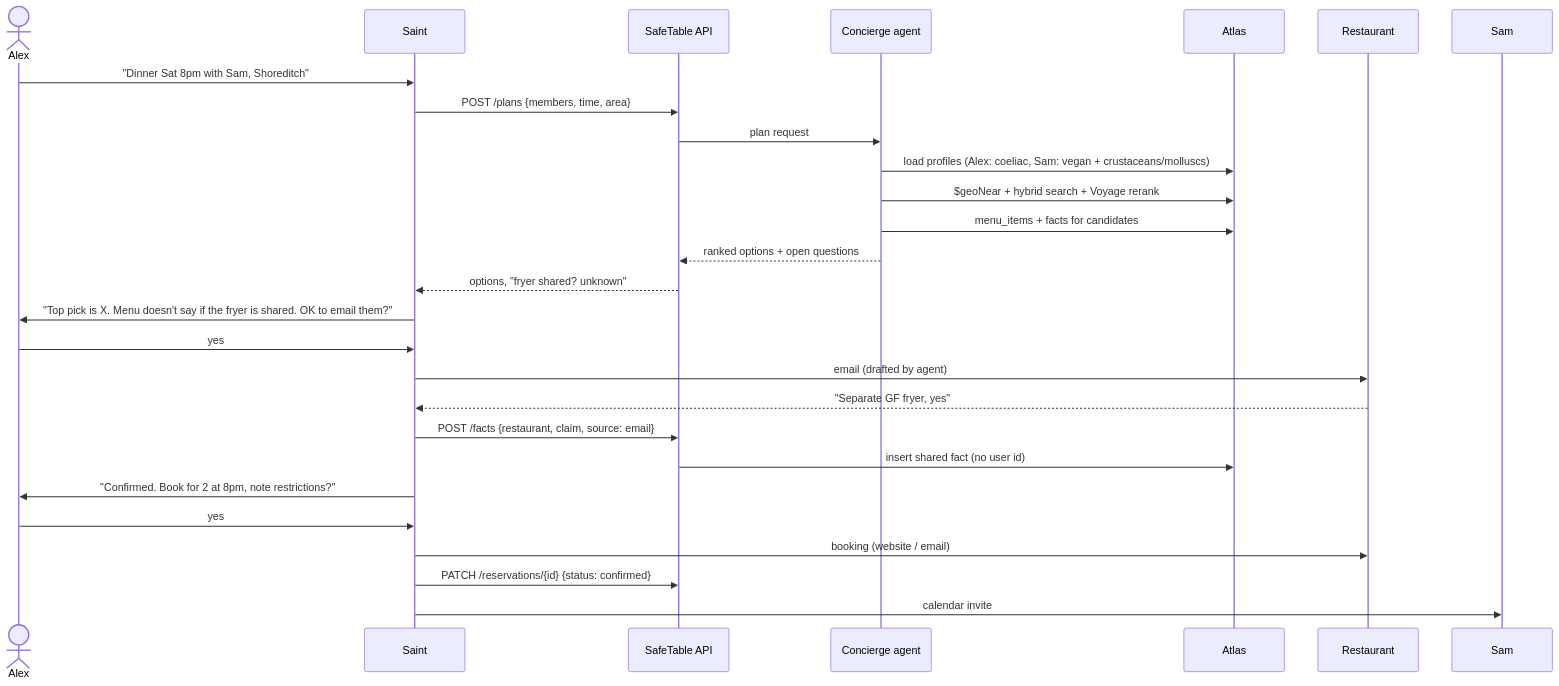
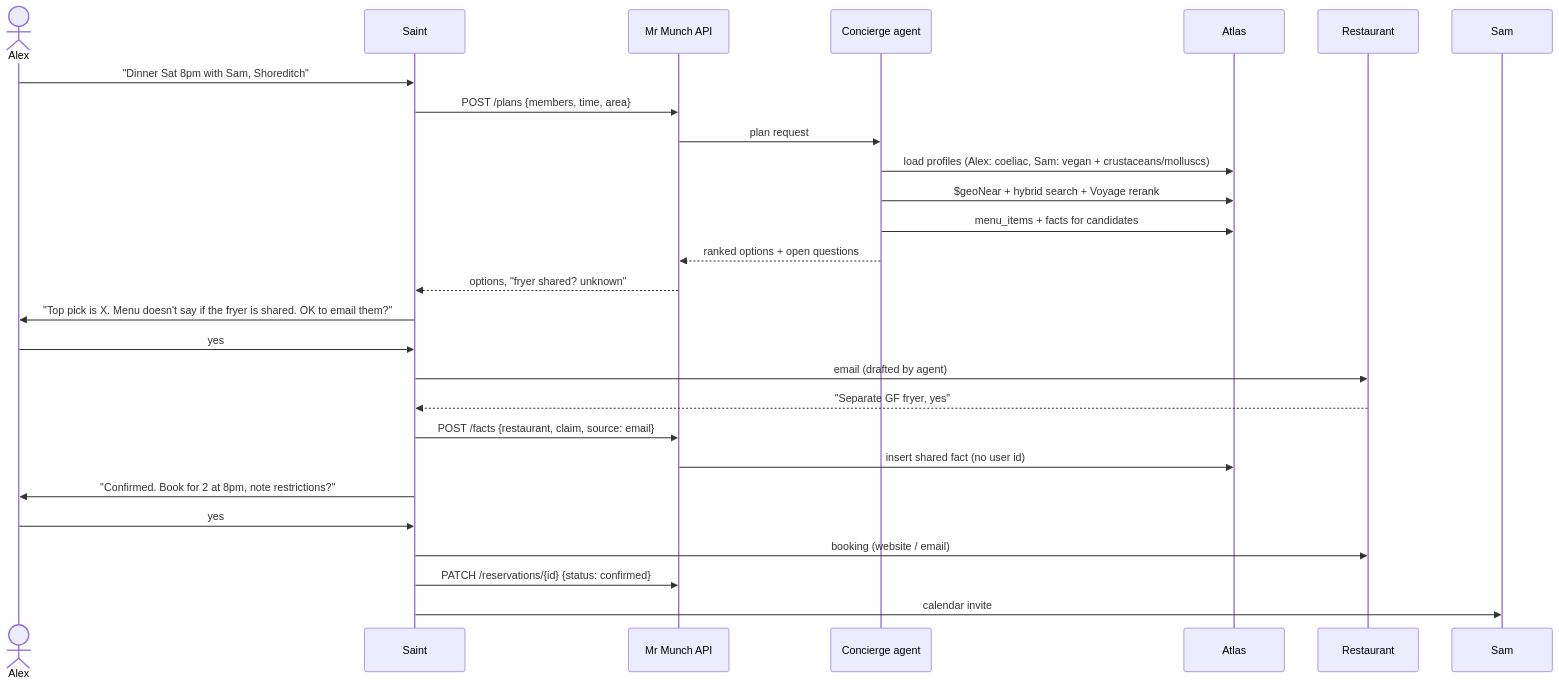
The second of 3 diagrams in docs/DESIGN.md (0xr3x/mr-munch), drawn with Mermaid before and after one commit. The commit also changed other lines of this file, not shown here.

Commit message:
Rename project to Mr Munch

````diff
--- a/docs/DESIGN.md
+++ b/docs/DESIGN.md
@@ -90,29 +90,29 @@
 ```mermaid
 sequenceDiagram
     actor Alex
     participant Saint
-    participant API as SafeTable API
+    participant API as Mr Munch API
     participant Agent as Concierge agent
     participant DB as Atlas
     participant R as Restaurant
 
     Alex->>Saint: "Dinner Sat 8pm with Sam, Shoreditch"
     Saint->>API: POST /plans {members, time, area}
     API->>Agent: plan request
     Agent->>DB: load profiles (Alex: coeliac, Sam: vegan + crustaceans/molluscs)
     Agent->>DB: $geoNear + hybrid search + Voyage rerank
     Agent->>DB: menu_items + facts for candidates
     Agent-->>API: ranked options + open questions
     API-->>Saint: options, "fryer shared? unknown"
     Saint->>Alex: "Top pick is X. Menu doesn't say if the fryer is shared. OK to email them?"
     Alex->>Saint: yes
     Saint->>R: email (drafted by agent)
     R-->>Saint: "Separate GF fryer, yes"
     Saint->>API: POST /facts {restaurant, claim, source: email}
     API->>DB: insert shared fact (no user id)
     Saint->>Alex: "Confirmed. Book for 2 at 8pm, note restrictions?"
     Alex->>Saint: yes
     Saint->>R: booking (website / email)
     Saint->>API: PATCH /reservations/{id} {status: confirmed}
     Saint->>Sam: calendar invite
 ```
````
